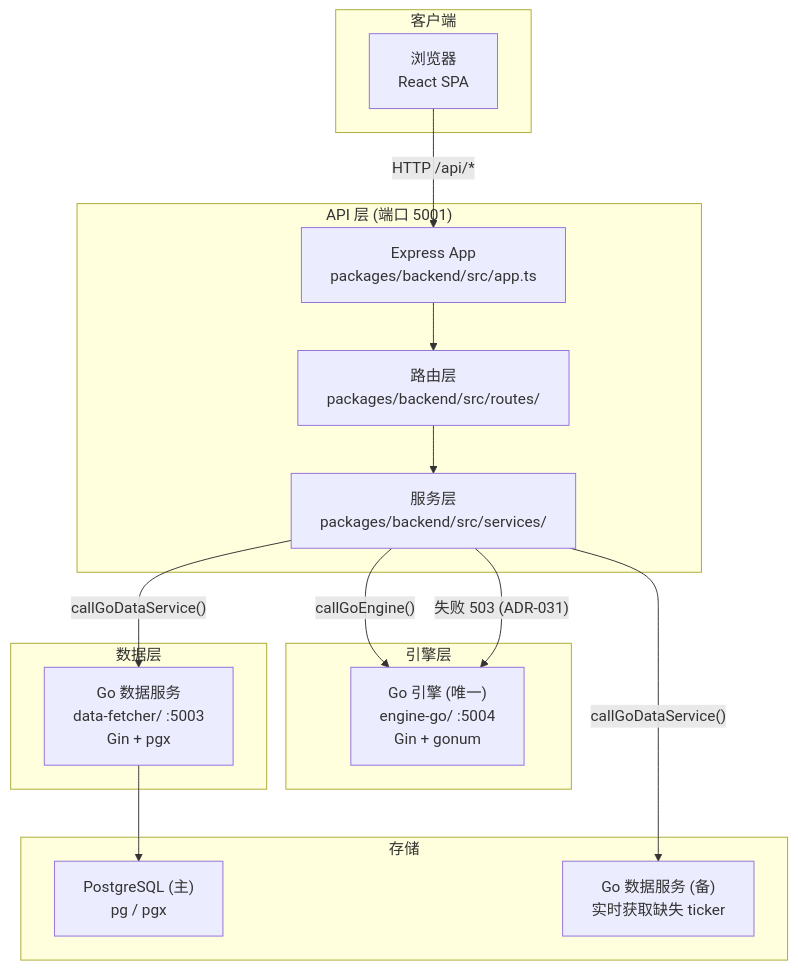
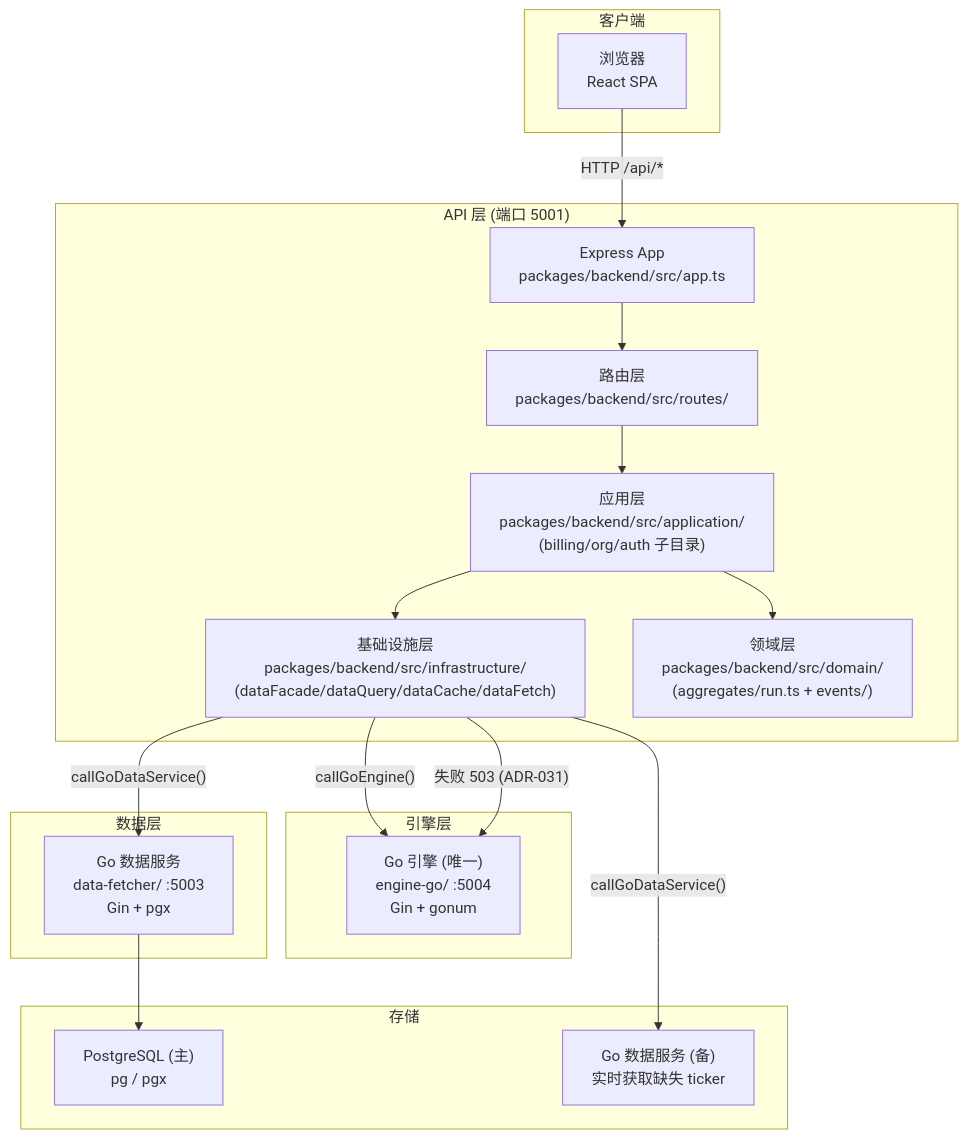
One commit to FCFColin/backtest-platform changed the diagram in docs/ARCHITECTURE.md. Above: the diagram before and after it, drawn with Mermaid. The commit also changed other lines of this file and 32 other files, not shown here.

````diff
--- a/docs/ARCHITECTURE.md
+++ b/docs/ARCHITECTURE.md
@@ -11,33 +11,37 @@
 ```mermaid
 flowchart TB
     subgraph Client["客户端"]
         UI["浏览器<br/>React SPA"]
     end
 
     subgraph APILayer["API 层 (端口 5001)"]
         APP["Express App<br/>packages/backend/src/app.ts"]
         ROUTES["路由层<br/>packages/backend/src/routes/"]
-        SERVICES["服务层<br/>packages/backend/src/services/"]
+        APP_LAYER["应用层<br/>packages/backend/src/application/<br/>(billing/org/auth 子目录)"]
+        INFRA["基础设施层<br/>packages/backend/src/infrastructure/<br/>(dataFacade/dataQuery/dataCache/dataFetch)"]
+        DOMAIN["领域层<br/>packages/backend/src/domain/<br/>(aggregates/run.ts + events/)"]
     end
 
     subgraph EngineLayer["引擎层"]
         GO_ENG["Go 引擎 (唯一)<br/>engine-go/ :5004<br/>Gin + gonum"]
     end
 
     subgraph DataLayer["数据层"]
         GO_DATA["Go 数据服务<br/>data-fetcher/ :5003<br/>Gin + pgx"]
     end
 
     subgraph Storage["存储"]
         PG["PostgreSQL (主)<br/>pg / pgx"]
         GO_DATA_FALLBACK["Go 数据服务 (备)<br/>实时获取缺失 ticker"]
     end
 
     UI -->|"HTTP /api/*"| APP
-    APP --> ROUTES --> SERVICES
-    SERVICES -->|"callGoEngine()"| GO_ENG
-    SERVICES -->|"失败 503 (ADR-031)"| GO_ENG
-    SERVICES -->|"callGoDataService()"| GO_DATA
-    SERVICES -->|"callGoDataService()"| GO_DATA_FALLBACK
+    APP --> ROUTES --> APP_LAYER
+    APP_LAYER --> DOMAIN
+    APP_LAYER --> INFRA
+    INFRA -->|"callGoEngine()"| GO_ENG
+    INFRA -->|"失败 503 (ADR-031)"| GO_ENG
+    INFRA -->|"callGoDataService()"| GO_DATA
+    INFRA -->|"callGoDataService()"| GO_DATA_FALLBACK
     GO_DATA --> PG
 ```
````
